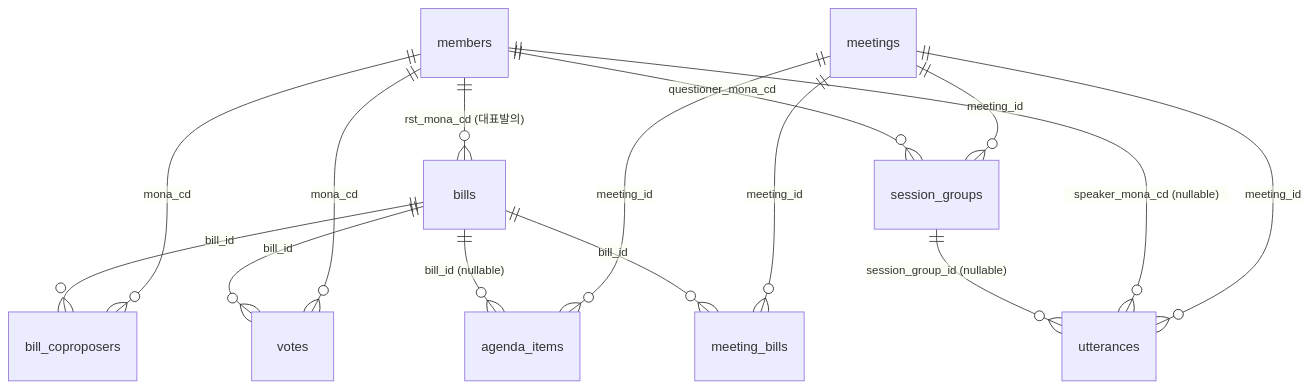
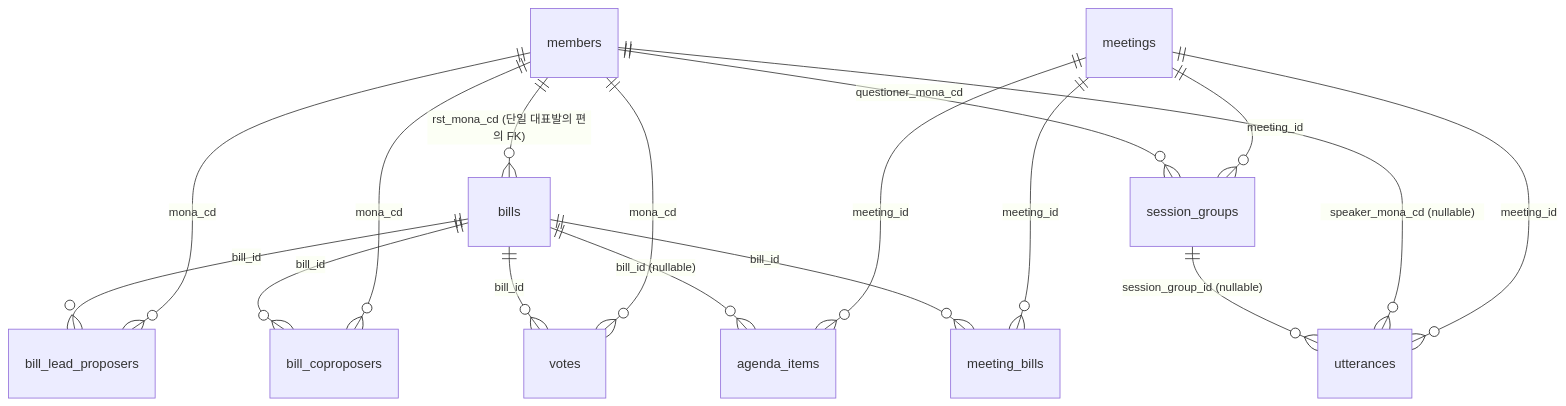
Before and after one commit to tjdwls101010/Congress-DB: the diagram in docs/ERD.md, drawn with Mermaid. The commit also changed other lines of this file and 14 other files, not shown here.

````diff
--- a/docs/ERD.md
+++ b/docs/ERD.md
@@ -7,17 +7,19 @@
 ```mermaid
 erDiagram
-    members ||--o{ bills : "rst_mona_cd (대표발의)"
+    members ||--o{ bills : "rst_mona_cd (단일 대표발의 편의 FK)"
+    members ||--o{ bill_lead_proposers : "mona_cd"
+    bills ||--o{ bill_lead_proposers : "bill_id"
     members ||--o{ bill_coproposers : "mona_cd"
     bills ||--o{ bill_coproposers : "bill_id"
     members ||--o{ votes : "mona_cd"
     bills ||--o{ votes : "bill_id"
     meetings ||--o{ agenda_items : "meeting_id"
     meetings ||--o{ utterances : "meeting_id"
     meetings ||--o{ session_groups : "meeting_id"
     meetings ||--o{ meeting_bills : "meeting_id"
     bills ||--o{ meeting_bills : "bill_id"
     members ||--o{ utterances : "speaker_mona_cd (nullable)"
     members ||--o{ session_groups : "questioner_mona_cd"
     session_groups ||--o{ utterances : "session_group_id (nullable)"
     bills ||--o{ agenda_items : "bill_id (nullable)"
 ```
````
